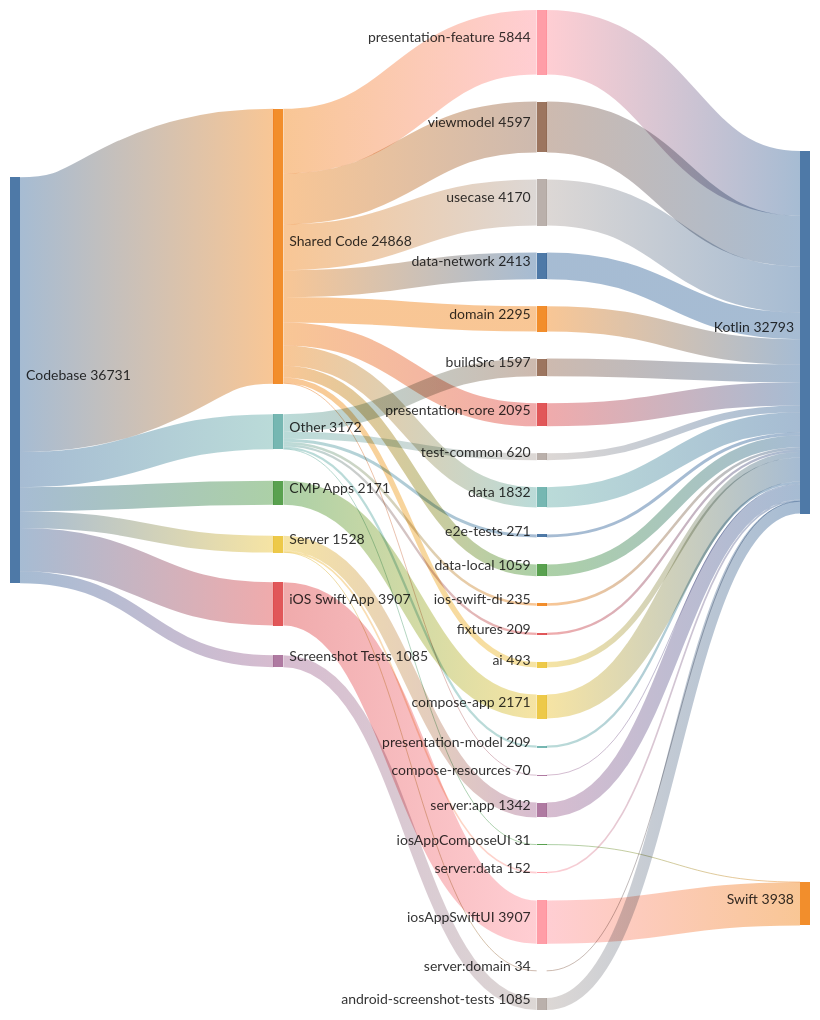
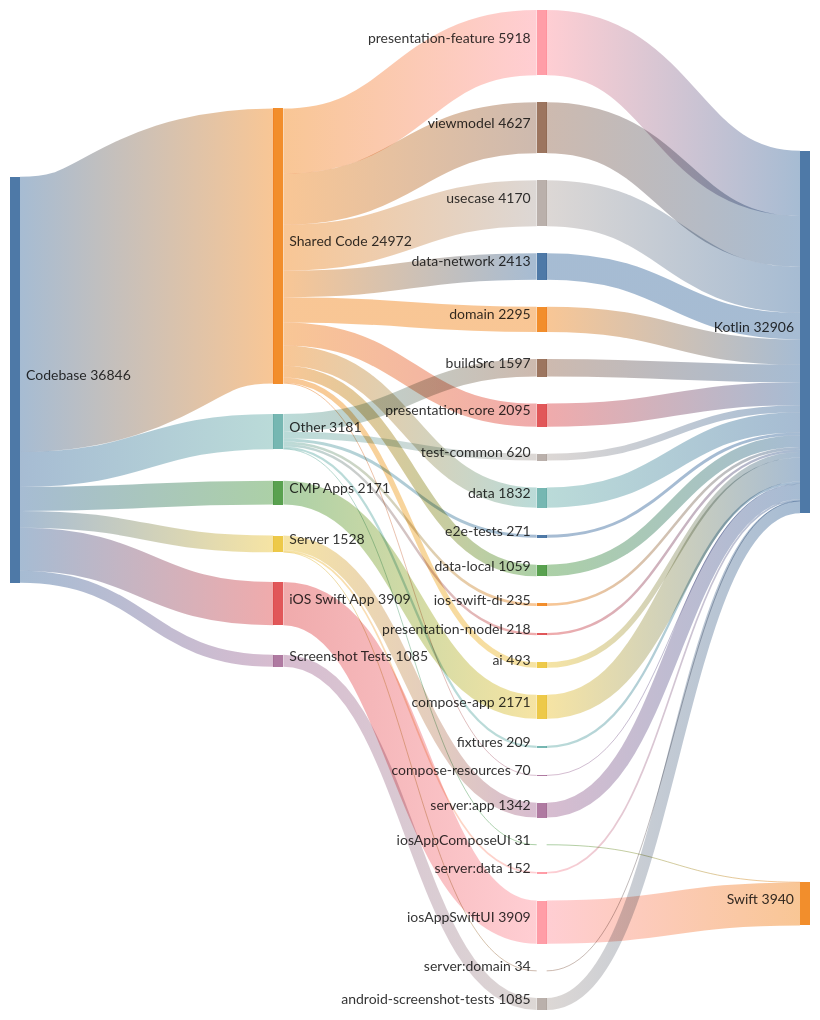
Before and after one commit to cartland/battery-butler: the diagram in README.md, drawn with Mermaid. The commit also changed 2 other files, not shown here.

Commit message:
docs(generated): Regenerate architecture diagrams and analysis (#924)

````diff
--- a/README.md
+++ b/README.md
@@ -34,73 +34,73 @@
 ```mermaid
 ---
 config:
   sankey:
     showValues: true
     width: 800
     height: 1000
     nodeAlignment: justify
     linkColor: gradient
 ---
 %% GENERATED FILE - DO NOT EDIT
 sankey-beta
 
-Codebase,Shared Code,24868
-Codebase,iOS Swift App,3907
-Codebase,Other,3172
+Codebase,Shared Code,24972
+Codebase,iOS Swift App,3909
+Codebase,Other,3181
 Codebase,CMP Apps,2171
 Codebase,Server,1528
 Codebase,Screenshot Tests,1085
 
-Shared Code,presentation-feature,5844
-Shared Code,viewmodel,4597
+Shared Code,presentation-feature,5918
+Shared Code,viewmodel,4627
 Shared Code,usecase,4170
 Shared Code,data-network,2413
 Shared Code,domain,2295
 Shared Code,presentation-core,2095
 Shared Code,data,1832
 Shared Code,data-local,1059
 Shared Code,ai,493
 Shared Code,compose-resources,70
 
-iOS Swift App,iosAppSwiftUI,3907
+iOS Swift App,iosAppSwiftUI,3909
 
 Other,buildSrc,1597
 Other,test-common,620
 Other,e2e-tests,271
 Other,ios-swift-di,235
+Other,presentation-model,218
 Other,fixtures,209
-Other,presentation-model,209
 Other,iosAppComposeUI,31
 
 CMP Apps,compose-app,2171
 
 Server,server:app,1342
 Server,server:data,152
 Server,server:domain,34
 
 Screenshot Tests,android-screenshot-tests,1085
 
-presentation-feature,Kotlin,5844
-viewmodel,Kotlin,4597
+presentation-feature,Kotlin,5918
+viewmodel,Kotlin,4627
 usecase,Kotlin,4170
-iosAppSwiftUI,Swift,3907
+iosAppSwiftUI,Swift,3909
 data-network,Kotlin,2413
 domain,Kotlin,2295
 compose-app,Kotlin,2171
 presentation-core,Kotlin,2095
 data,Kotlin,1832
 buildSrc,Kotlin,1597
 server:app,Kotlin,1342
 android-screenshot-tests,Kotlin,1085
 data-local,Kotlin,1059
 test-common,Kotlin,620
 ai,Kotlin,493
 e2e-tests,Kotlin,271
 ios-swift-di,Kotlin,235
+presentation-model,Kotlin,218
 fixtures,Kotlin,209
-presentation-model,Kotlin,209
 server:data,Kotlin,152
 compose-resources,Kotlin,70
 server:domain,Kotlin,34
 iosAppComposeUI,Swift,31
 ```
````
